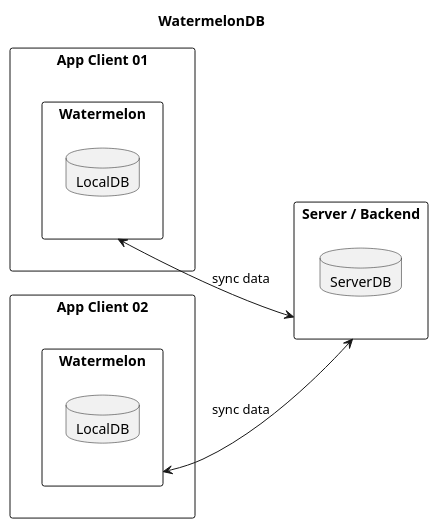
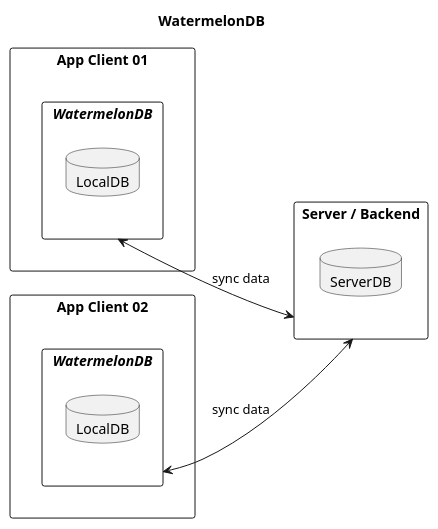
Before and after one commit to fahrinh/my-blog: the diagram in diagram/watermelondb.plantuml, drawn with PlantUML.

Commit message:
update diagram

```diff
--- a/diagram/watermelondb.plantuml
+++ b/diagram/watermelondb.plantuml
@@ -1,25 +1,25 @@
 @startuml
 left to right direction
 
 title WatermelonDB
 
 rectangle "App Client 01" as AppClient01 {
-    rectangle "Watermelon" as WM01 {
+    rectangle "//WatermelonDB//" as WM01 {
         database "LocalDB" as LocalDB01
     }
 }
 
 rectangle "App Client 02" as AppClient02 {
-    rectangle "Watermelon" as WM02 {
+    rectangle "//WatermelonDB//" as WM02 {
         database "LocalDB" as LocalDB02
     }
 }
 
 rectangle "Server / Backend" as Server {
     database "ServerDB" as ServerDB
 }
 
 WM01 <--> Server : sync data
 WM02 <--> Server : sync data
 
 @enduml
```
